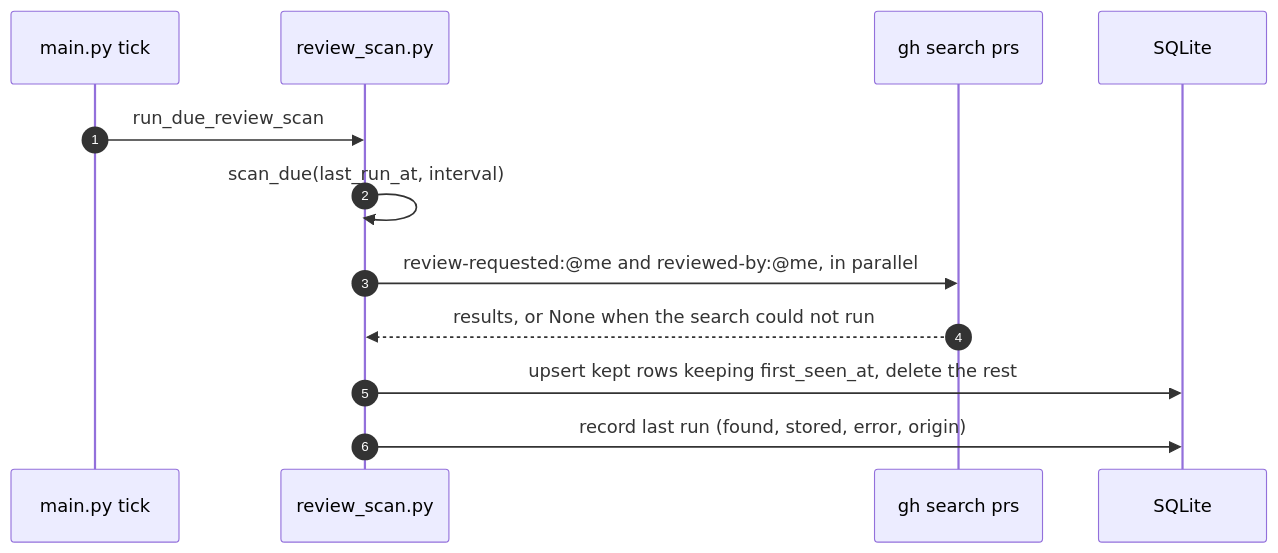
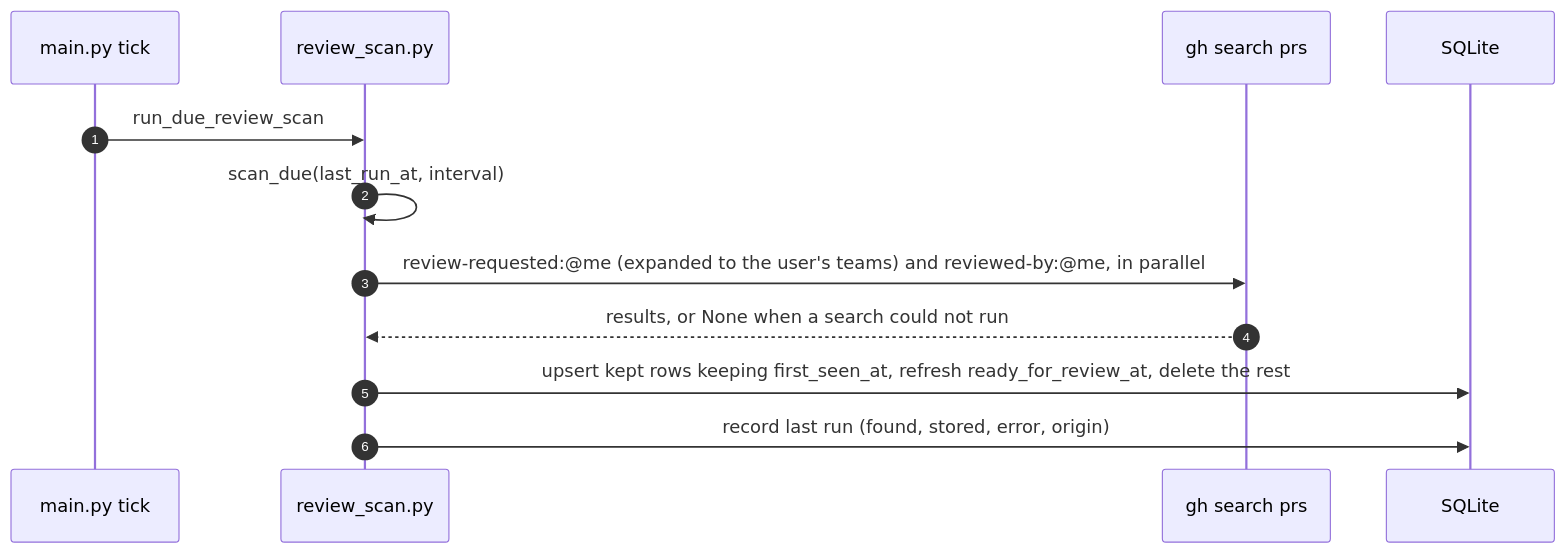
The second of 4 diagrams in .sdlc/features/p22-review-queue/specification.md (TomzxCode/agentic), drawn with Mermaid before and after one commit. The commit also changed other lines of this file and 24 other files, not shown here.

````diff
--- a/.sdlc/features/p22-review-queue/specification.md
+++ b/.sdlc/features/p22-review-queue/specification.md
@@ -150,14 +152,14 @@
 ```mermaid
 sequenceDiagram
     autonumber
     participant T as main.py tick
     participant S as review_scan.py
     participant GH as gh search prs
     participant DB as SQLite
     T->>S: run_due_review_scan
     S->>S: scan_due(last_run_at, interval)
-    S->>GH: review-requested:@me and reviewed-by:@me, in parallel
-    GH-->>S: results, or None when the search could not run
-    S->>DB: upsert kept rows keeping first_seen_at, delete the rest
+    S->>GH: review-requested:@me (expanded to the user's teams) and reviewed-by:@me, in parallel
+    GH-->>S: results, or None when a search could not run
+    S->>DB: upsert kept rows keeping first_seen_at, refresh ready_for_review_at, delete the rest
     S->>DB: record last run (found, stored, error, origin)
 ```
````
